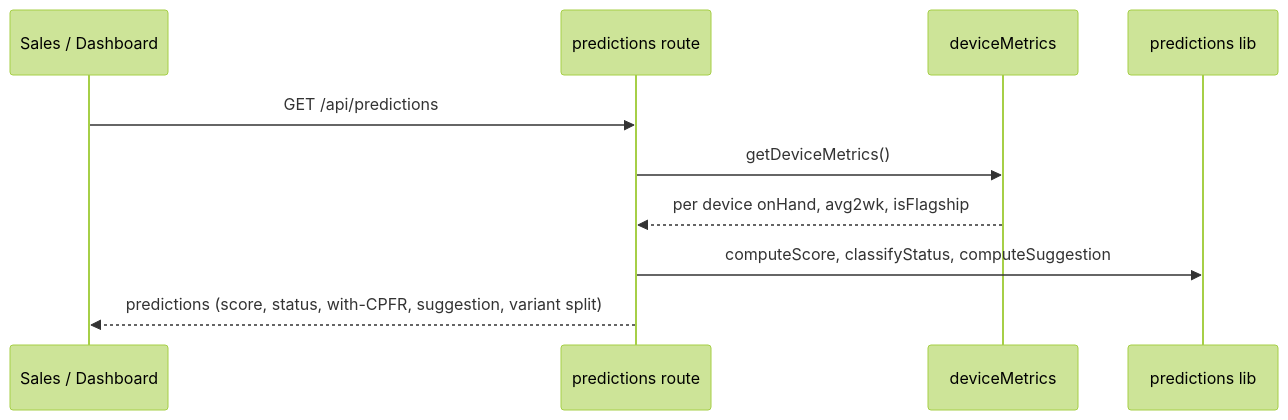
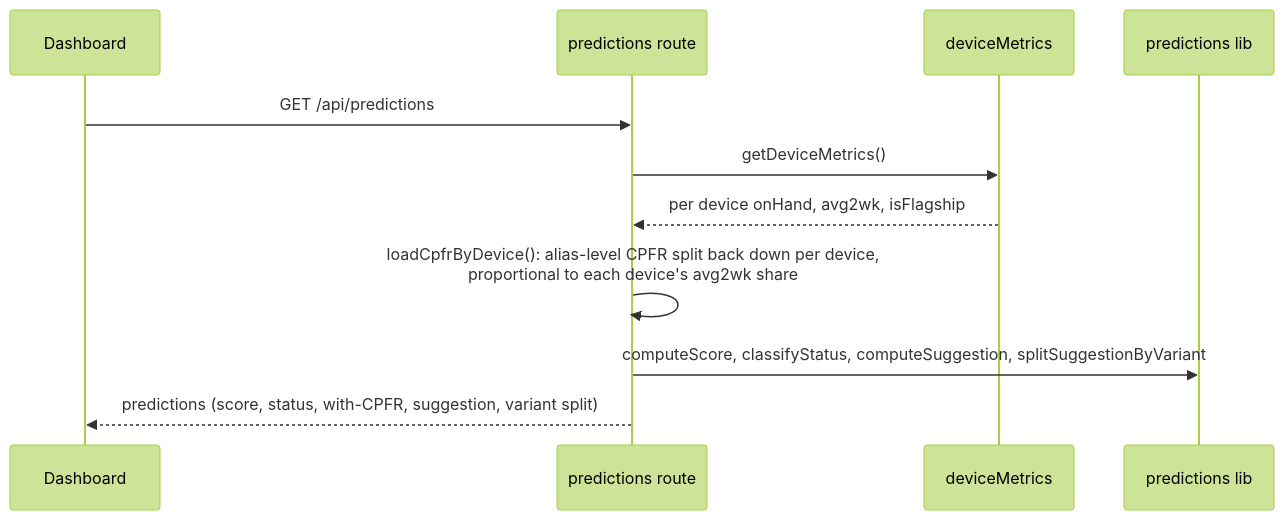
The eighth of 9 diagrams in docs/ARCHITECTURE.md (phonevilleofficial2025/stock-predictor), drawn with Mermaid (forest theme) before and after one commit. The commit also changed other lines of this file and 4 other files, not shown here.

First line of the commit message:
Update docs to match the alias-based CPFR spreadsheet revision

````diff
--- a/docs/ARCHITECTURE.md
+++ b/docs/ARCHITECTURE.md
@@ -189,12 +228,13 @@
 ```mermaid
 sequenceDiagram
-  participant C as Sales / Dashboard
+  participant C as Dashboard
   participant R as predictions route
   participant M as deviceMetrics
   participant P as predictions lib
   C->>R: GET /api/predictions
   R->>M: getDeviceMetrics()
   M-->>R: per device onHand, avg2wk, isFlagship
-  R->>P: computeScore, classifyStatus, computeSuggestion
+  R->>R: loadCpfrByDevice(): alias-level CPFR split back down per device,<br/>proportional to each device's avg2wk share
+  R->>P: computeScore, classifyStatus, computeSuggestion, splitSuggestionByVariant
   R-->>C: predictions (score, status, with-CPFR, suggestion, variant split)
 ```
````
